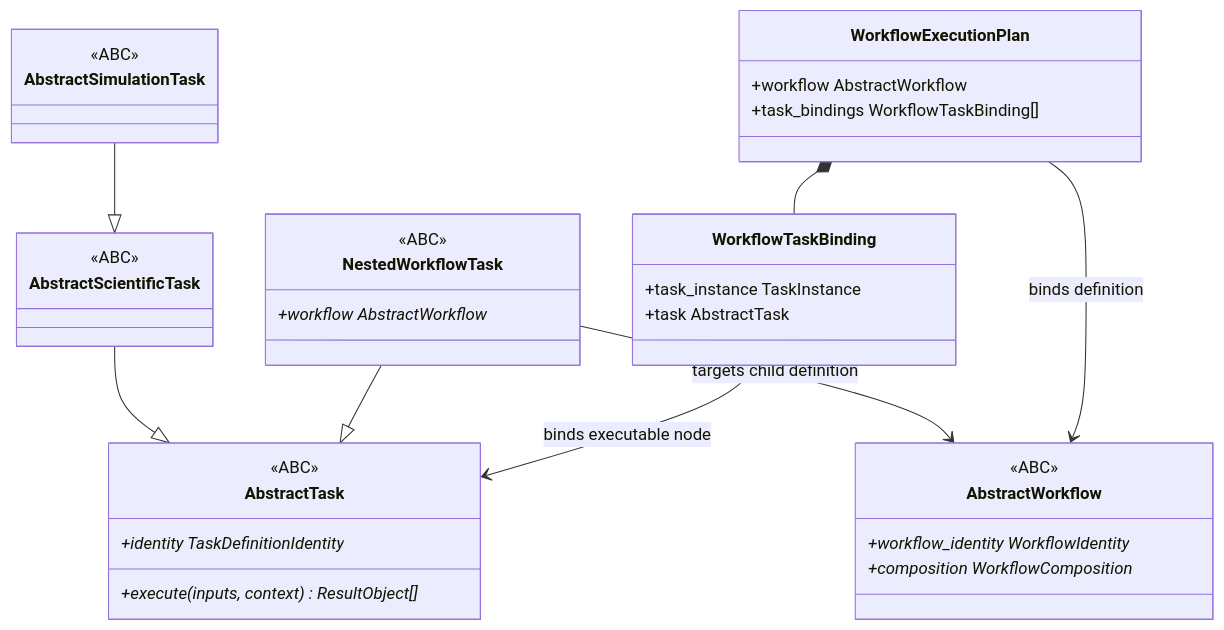
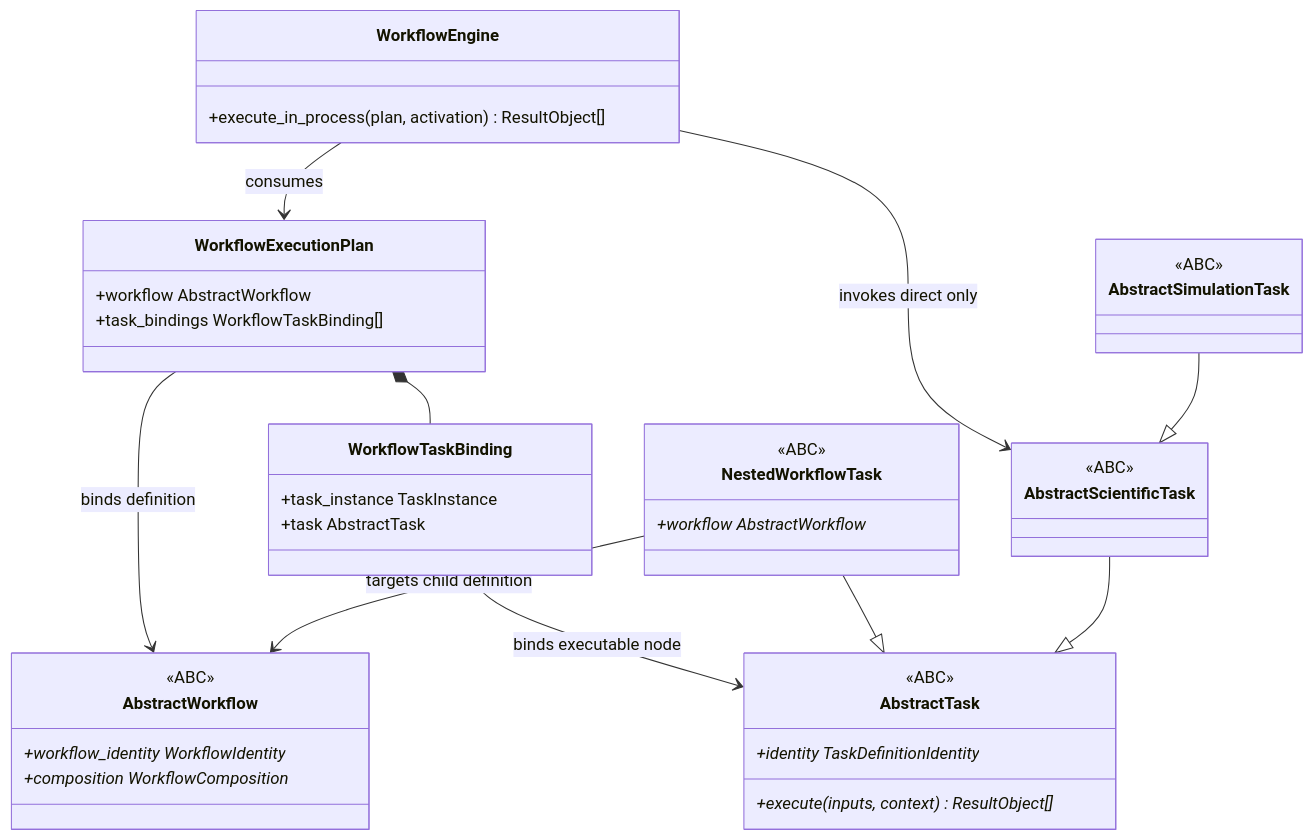
One commit to eragasa/ksdft2effmass changed the first of 4 diagrams in docs/architecture/v2/ksdft2effmass/workflow/schematic.md. Above: the diagram before and after it, drawn with Mermaid. The commit also changed other lines of this file and 2 other files, not shown here.

Commit message:
docs(workflow): define in-process engine slice

````diff
--- a/docs/architecture/v2/ksdft2effmass/workflow/schematic.md
+++ b/docs/architecture/v2/ksdft2effmass/workflow/schematic.md
@@ -5,39 +5,44 @@
 ```mermaid
 classDiagram
     class AbstractTask {
         <<ABC>>
         +identity TaskDefinitionIdentity*
         +execute(inputs, context) ResultObject[]*
     }
     class AbstractScientificTask {
         <<ABC>>
     }
     class AbstractSimulationTask {
         <<ABC>>
     }
     class AbstractWorkflow {
         <<ABC>>
         +workflow_identity WorkflowIdentity*
         +composition WorkflowComposition*
     }
     class NestedWorkflowTask {
         <<ABC>>
         +workflow AbstractWorkflow*
     }
     class WorkflowTaskBinding {
         +task_instance TaskInstance
         +task AbstractTask
     }
     class WorkflowExecutionPlan {
         +workflow AbstractWorkflow
         +task_bindings WorkflowTaskBinding[]
     }
+    class WorkflowEngine {
+        +execute_in_process(plan, activation) ResultObject[]
+    }
 
     AbstractScientificTask --|> AbstractTask
     AbstractSimulationTask --|> AbstractScientificTask
     NestedWorkflowTask --|> AbstractTask
     NestedWorkflowTask --> AbstractWorkflow : targets child definition
     WorkflowTaskBinding --> AbstractTask : binds executable node
     WorkflowExecutionPlan --> AbstractWorkflow : binds definition
     WorkflowExecutionPlan *-- WorkflowTaskBinding
+    WorkflowEngine --> WorkflowExecutionPlan : consumes
+    WorkflowEngine --> AbstractScientificTask : invokes direct only
 ```
````
